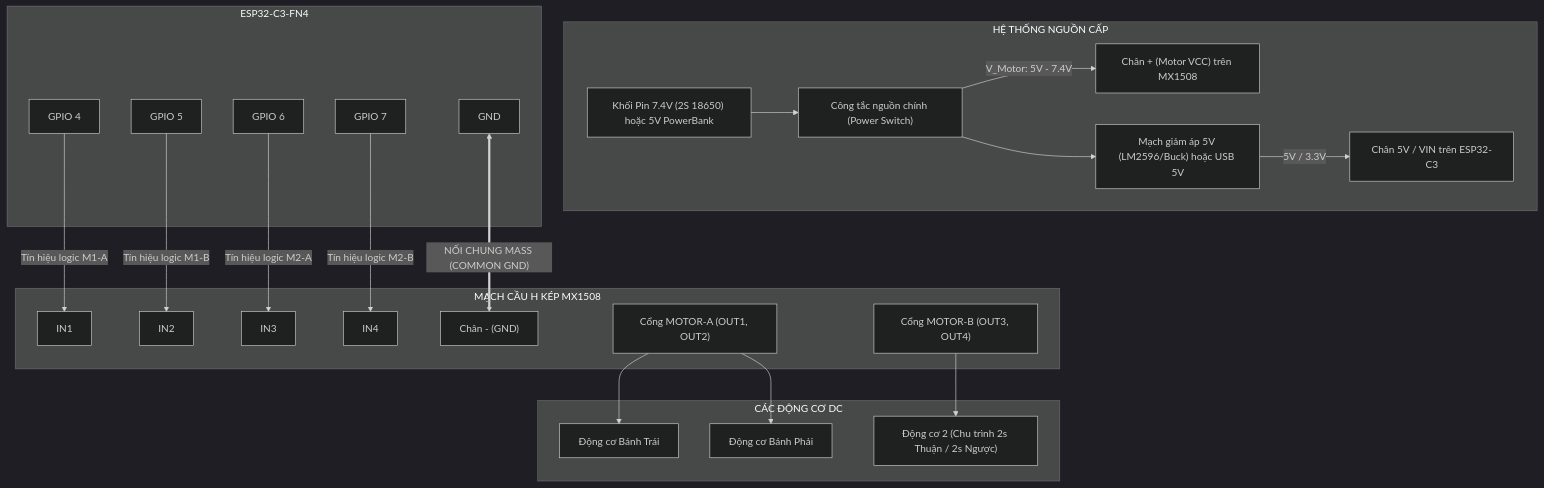
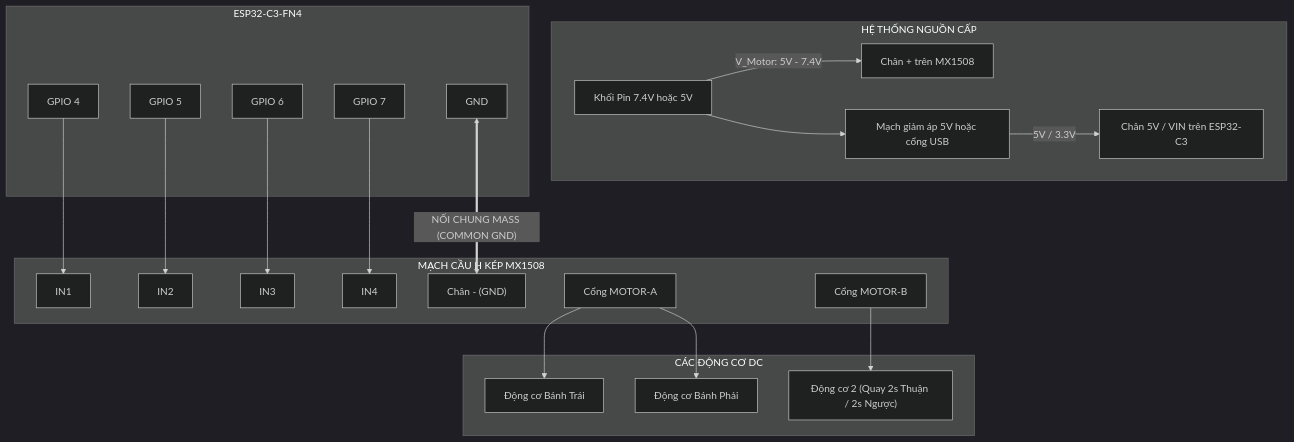
The third of 3 diagrams in CIRCUIT_DIAGRAM.md (Kannoki/c3n4ble2m), drawn with Mermaid (dark theme) before and after one commit. The commit also changed other lines of this file and 412 other files, not shown here.

````diff
--- a/CIRCUIT_DIAGRAM.md
+++ b/CIRCUIT_DIAGRAM.md
@@ -10,50 +134,45 @@
 ```mermaid
 flowchart TD
     subgraph Power_Supply ["HỆ THỐNG NGUỒN CẤP"]
-        BAT["Khối Pin 7.4V (2S 18650) hoặc 5V PowerBank"]
-        SW["Công tắc nguồn chính (Power Switch)"]
-        BUCK["Mạch giảm áp 5V (LM2596/Buck) hoặc USB 5V"]
-        BAT --> SW
-        SW -->|V_Motor: 5V - 7.4V| MX_VM["Chân + (Motor VCC) trên MX1508"]
-        SW --> BUCK
+        BAT["Khối Pin 7.4V hoặc 5V"]
+        BUCK["Mạch giảm áp 5V hoặc cổng USB"]
+        BAT -->|V_Motor: 5V - 7.4V| MX_VM["Chân + trên MX1508"]
+        BAT --> BUCK
         BUCK -->|5V / 3.3V| ESP_VIN["Chân 5V / VIN trên ESP32-C3"]
     end
 
     subgraph Controller ["ESP32-C3-FN4"]
         ESP_GND["GND"]
         ESP_IO4["GPIO 4"]
         ESP_IO5["GPIO 5"]
         ESP_IO6["GPIO 6"]
         ESP_IO7["GPIO 7"]
     end
 
     subgraph Driver ["MẠCH CẦU H KÉP MX1508"]
         IN1["IN1"]
         IN2["IN2"]
         IN3["IN3"]
         IN4["IN4"]
         MX_GND["Chân - (GND)"]
-        OUT_A["Cổng MOTOR-A (OUT1, OUT2)"]
-        OUT_B["Cổng MOTOR-B (OUT3, OUT4)"]
+        OUT_A["Cổng MOTOR-A"]
+        OUT_B["Cổng MOTOR-B"]
     end
 
     subgraph Actuators ["CÁC ĐỘNG CƠ DC"]
         M1A["Động cơ Bánh Trái"]
         M1B["Động cơ Bánh Phải"]
-        M2["Động cơ 2 (Chu trình 2s Thuận / 2s Ngược)"]
+        M2["Động cơ 2 (Quay 2s Thuận / 2s Ngược)"]
     end
 
-    %% Tín hiệu điều khiển
-    ESP_IO4 -->|Tín hiệu logic M1-A| IN1
-    ESP_IO5 -->|Tín hiệu logic M1-B| IN2
-    ESP_IO6 -->|Tín hiệu logic M2-A| IN3
-    ESP_IO7 -->|Tín hiệu logic M2-B| IN4
+    ESP_IO4 --> IN1
+    ESP_IO5 --> IN2
+    ESP_IO6 --> IN3
+    ESP_IO7 --> IN4
 
-    %% Động lực học
     OUT_A --> M1A
     OUT_A --> M1B
     OUT_B --> M2
 
-    %% Nối chung Mass (Mass GND bắt buộc)
     ESP_GND <== NỐI CHUNG MASS (COMMON GND) ==> MX_GND
 ```
````
